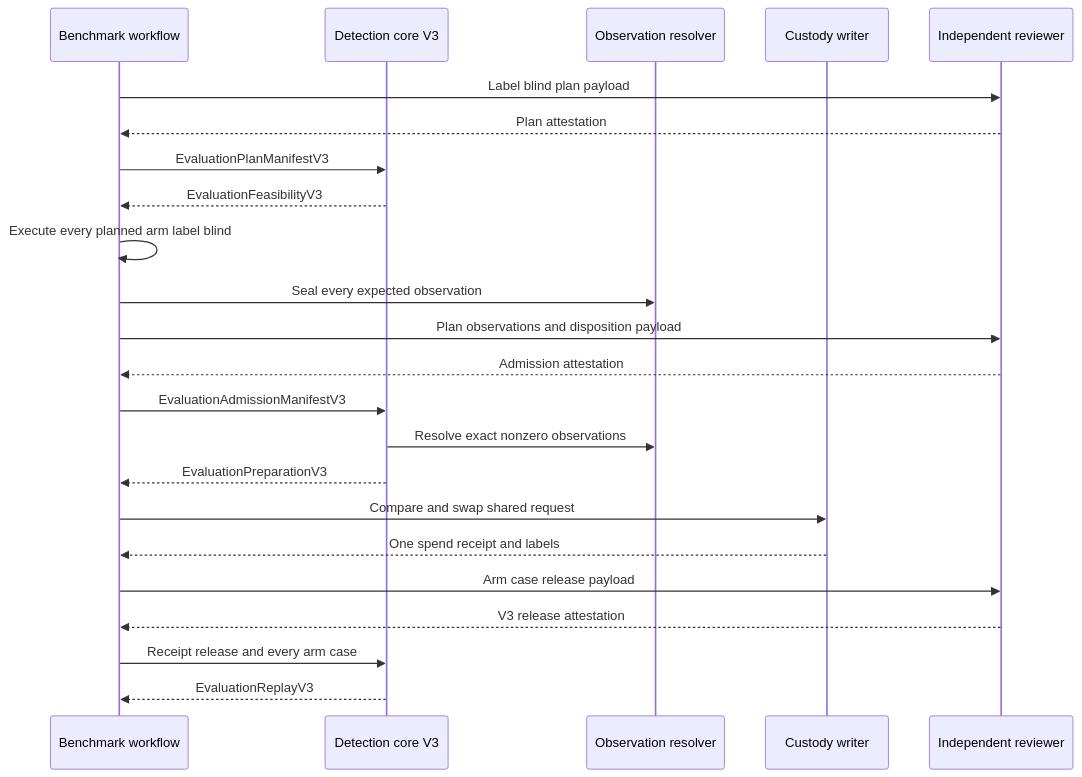
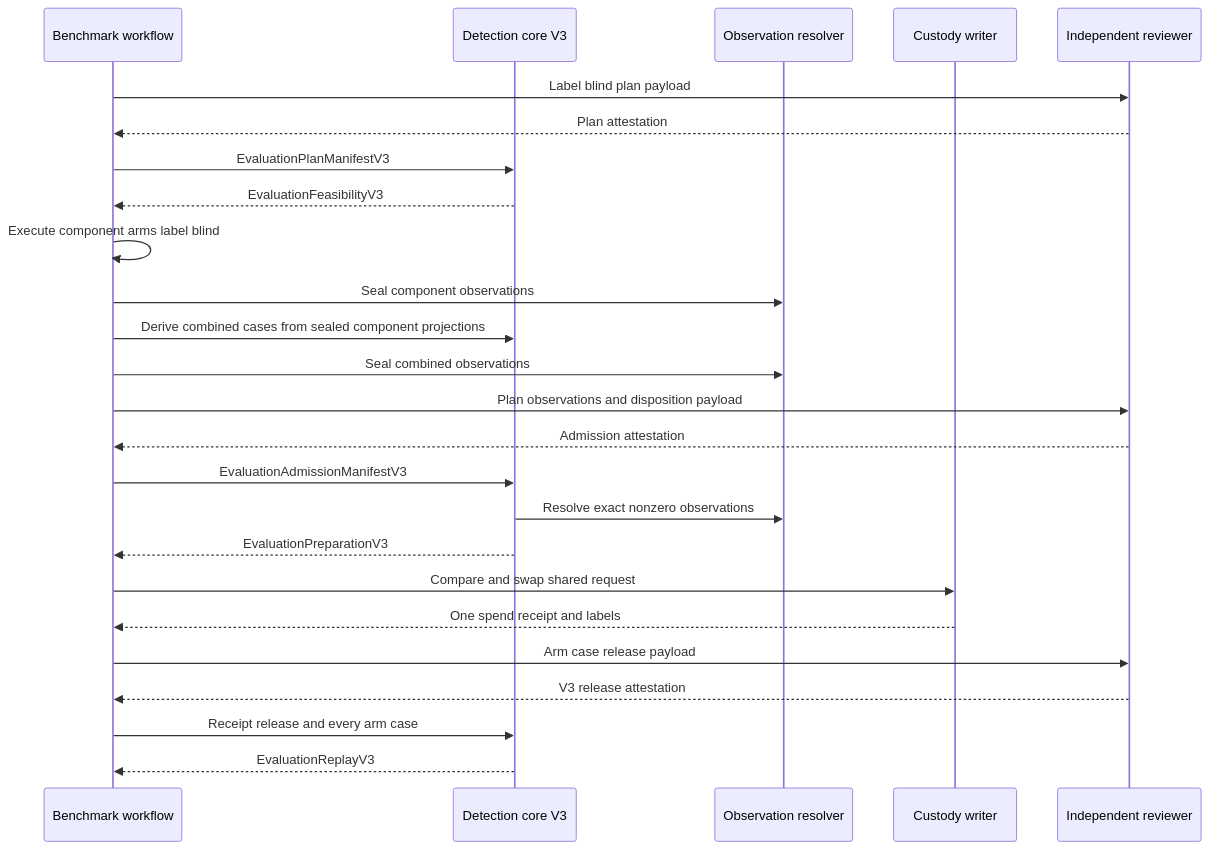
Before and after one commit to norandom/OpenUltraSAST: the sixth of 7 diagrams in .kiro/specs/detection-core/design.md, drawn with Mermaid. The commit also changed other lines of this file and 3 other files, not shown here.

````diff
--- a/.kiro/specs/detection-core/design.md
+++ b/.kiro/specs/detection-core/design.md
@@ -2708,26 +2715,28 @@
 ```mermaid
 sequenceDiagram
     participant Run as Benchmark workflow
     participant Core as Detection core V3
     participant Store as Observation resolver
     participant Custody as Custody writer
     participant Reviewer as Independent reviewer
 
     Run->>Reviewer: Label blind plan payload
     Reviewer-->>Run: Plan attestation
     Run->>Core: EvaluationPlanManifestV3
     Core-->>Run: EvaluationFeasibilityV3
-    Run->>Run: Execute every planned arm label blind
-    Run->>Store: Seal every expected observation
+    Run->>Run: Execute component arms label blind
+    Run->>Store: Seal component observations
+    Run->>Core: Derive combined cases from sealed component projections
+    Run->>Store: Seal combined observations
     Run->>Reviewer: Plan observations and disposition payload
     Reviewer-->>Run: Admission attestation
     Run->>Core: EvaluationAdmissionManifestV3
     Core->>Store: Resolve exact nonzero observations
     Core-->>Run: EvaluationPreparationV3
     Run->>Custody: Compare and swap shared request
     Custody-->>Run: One spend receipt and labels
     Run->>Reviewer: Arm case release payload
     Reviewer-->>Run: V3 release attestation
     Run->>Core: Receipt release and every arm case
     Core-->>Run: EvaluationReplayV3
 ```
````
